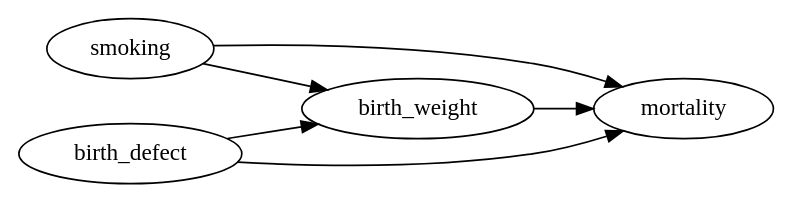
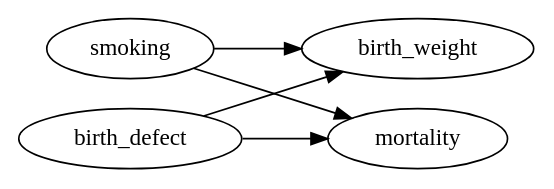
One commit to pymc-labs/pathmc changed the diagram in docs/examples/collider_bias.qmd. Above: the diagram before and after it, drawn with Graphviz. The commit also changed other lines of this file and 5 other files, not shown here.

````diff
--- a/docs/examples/collider_bias.qmd
+++ b/docs/examples/collider_bias.qmd
@@ -23,12 +23,12 @@
 ```{dot}
-//| fig-cap: "Birth-weight paradox: birth_weight is a collider. Conditioning on it opens a spurious path between smoking and birth_defect, biasing the estimated effect of smoking on mortality."
+//| label: fig-collider-dag
+//| fig-cap: "Birth-weight paradox: birth_weight is a collider with two incoming arrows. Conditioning on it induces a spurious association between smoking and birth_defect, biasing the smoking → mortality estimate."
 //| fig-width: 4
 digraph {
   rankdir=LR
   smoking -> birth_weight
   birth_defect -> birth_weight
   smoking -> mortality
   birth_defect -> mortality
-  birth_weight -> mortality
 }
 ```
````
